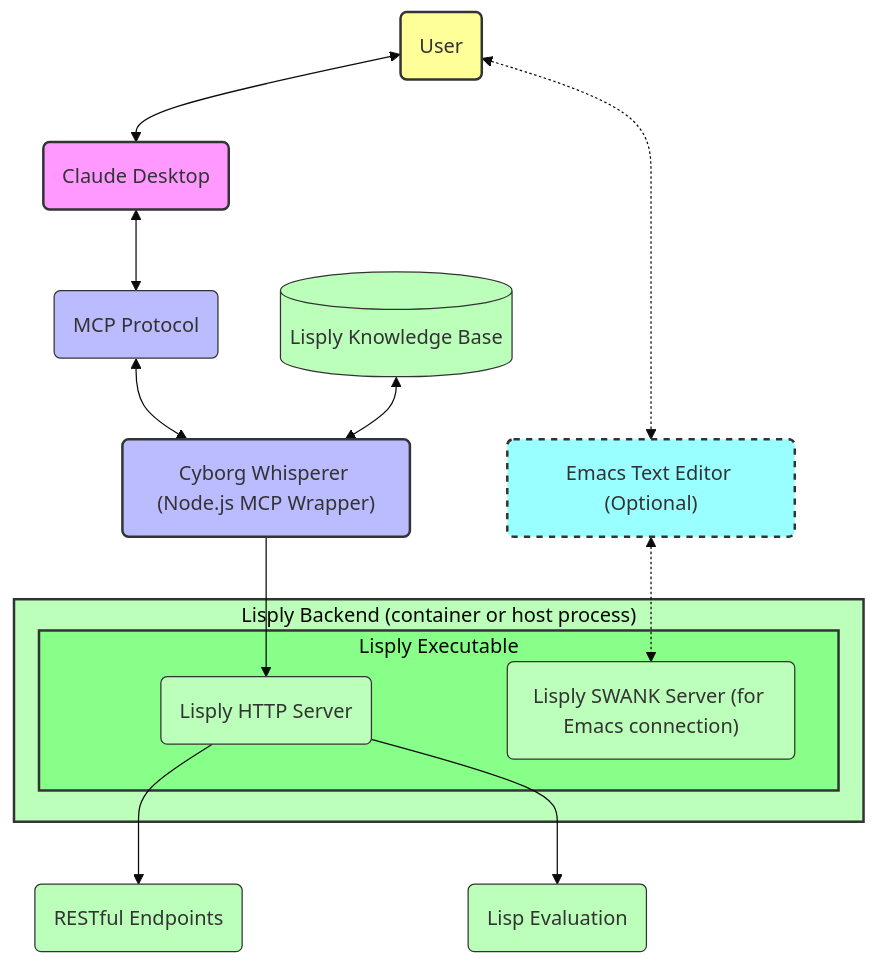
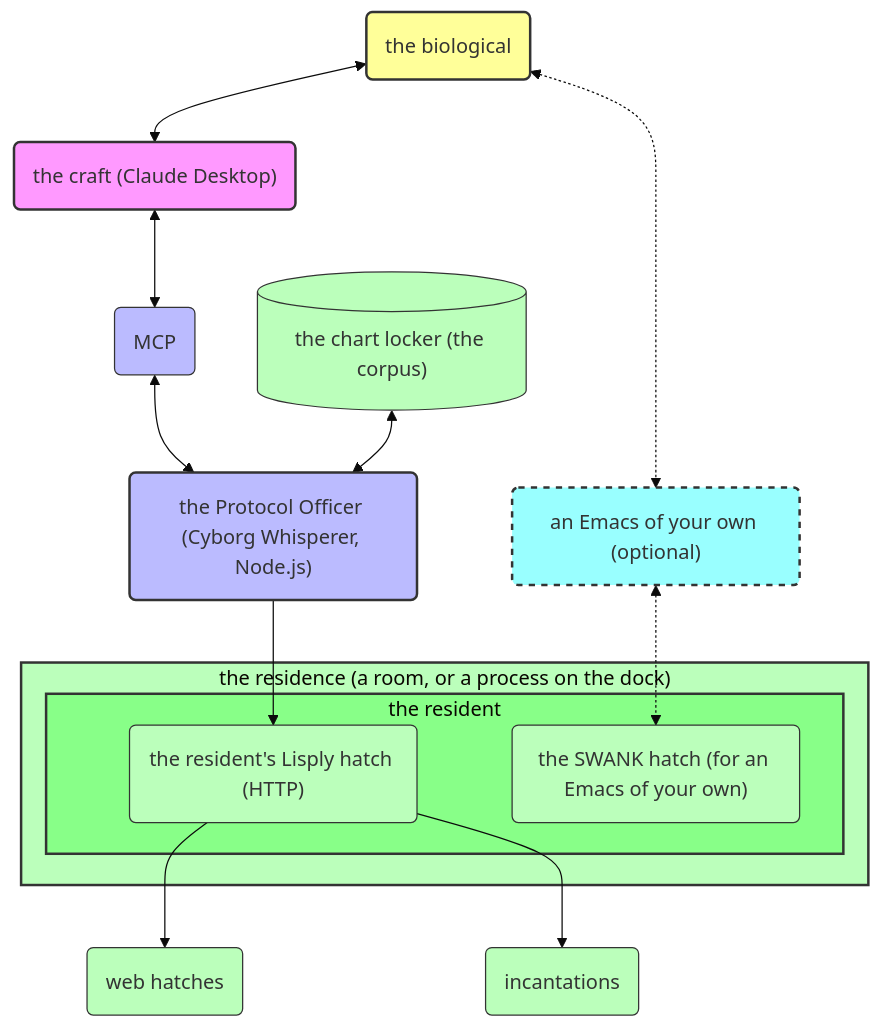
The diagram in README.md (gornskew/cyborg-whisperer), drawn with Mermaid (base theme) before and after one commit. The commit also changed other lines of this file and 2 other files, not shown here.

````diff
--- a/README.md
+++ b/README.md
@@ -292,37 +287,37 @@
 ```mermaid
 flowchart TB
-    User("User") <--> Claude("Claude Desktop")
-    User <-.-> Emacs("Emacs Text Editor (Optional)")
+    User("the biological") <--> Claude("the craft (Claude Desktop)")
+    User <-.-> Emacs("an Emacs of your own (optional)")
 
-    Claude <--> MCP("MCP Protocol")
-    MCP <--> Wrapper("Cyborg Whisperer (Node.js MCP Wrapper)")
+    Claude <--> MCP("MCP")
+    MCP <--> Wrapper("the Protocol Officer (Cyborg Whisperer, Node.js)")
 
-    Wrapper --> LisplyHttp("Lisply HTTP Server")
+    Wrapper --> LisplyHttp("the resident's Lisply hatch (HTTP)")
     
-    subgraph Backend ["Lisply Backend (container or host process)"]
-    subgraph LisplyExec["Lisply Executable"]
+    subgraph Backend ["the residence (a room, or a process on the dock)"]
+    subgraph LisplyExec["the resident"]
     LisplyHttp
-    LisplySwank("Lisply SWANK Server (for Emacs connection)")
+    LisplySwank("the SWANK hatch (for an Emacs of your own)")
     end
     end
     
     Emacs <-.-> LisplySwank
     
-    KB[("Lisply Knowledge Base")] <--> Wrapper
+    KB[("the chart locker (the corpus)")] <--> Wrapper
     
-    LisplyHttp --> Endpoints("RESTful Endpoints")
-    LisplyHttp --> LispEval("Lisp Evaluation")
+    LisplyHttp --> Endpoints("web hatches")
+    LisplyHttp --> LispEval("incantations")
     
     style User fill:#ff9,stroke:#333,stroke-width:2px
     style Claude fill:#f9f,stroke:#333,stroke-width:2px
     style Emacs fill:#9ff,stroke:#333,stroke-width:2px,stroke-dasharray:5
     style Wrapper fill:#bbf,stroke:#333,stroke-width:2px
     style MCP fill:#bbf,stroke:#333,stroke-width:1px
     style Backend fill:#bfb,stroke:#333,stroke-width:2px
     style LisplyExec fill:#8f8,stroke:#333,stroke-width:2px
     style LisplyHttp fill:#bfb,stroke:#333,stroke-width:1px
     style LisplySwank fill:#bfb,stroke:#333,stroke-width:1px
     style KB fill:#bfb,stroke:#333,stroke-width:1px
     style Endpoints fill:#bfb,stroke:#333,stroke-width:1px
     style LispEval fill:#bfb,stroke:#333,stroke-width:1px
 ```
````
